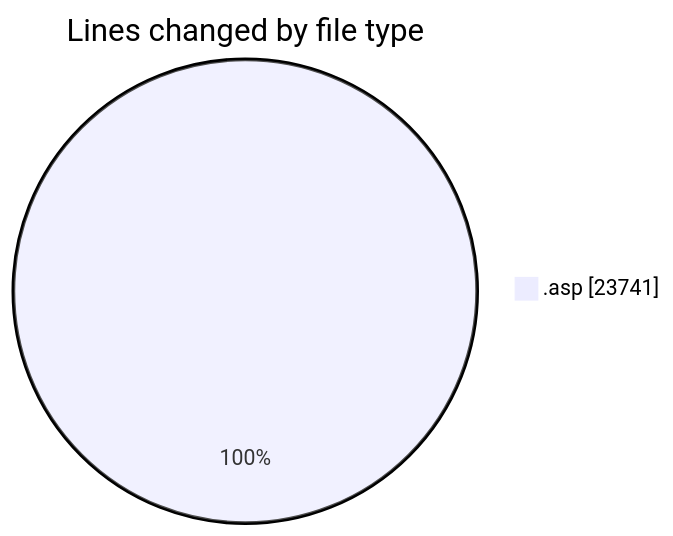
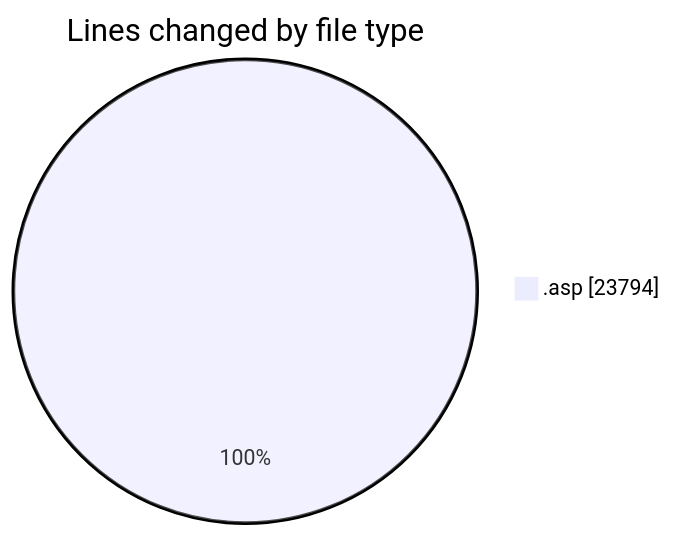
Before and after one commit to julien-gomy/code-tracking: the first of 2 diagrams in 2025-11-14/cdp_aleoudev_fr__workspace_/README.md, drawn with Mermaid. The commit also changed other lines of this file and 1 other file, not shown here.

````diff
--- a/2025-11-14/cdp_aleoudev_fr__workspace_/README.md
+++ b/2025-11-14/cdp_aleoudev_fr__workspace_/README.md
@@ -39,5 +39,5 @@
 ```mermaid
 pie showData
 title Lines changed by file type
-".asp" : 23741
+".asp" : 23794
 ```
````
